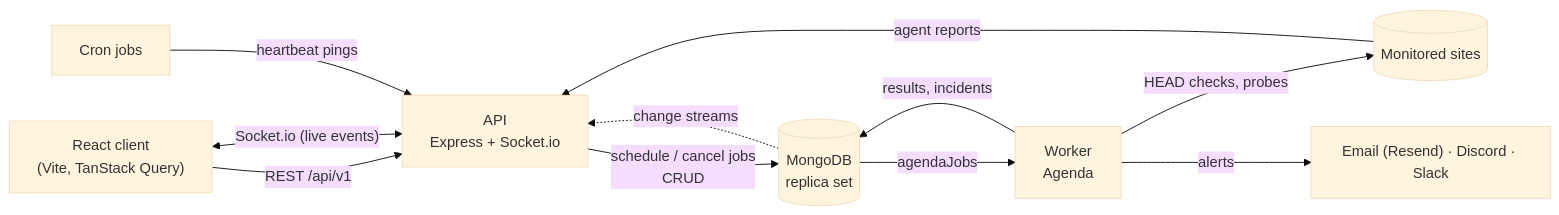
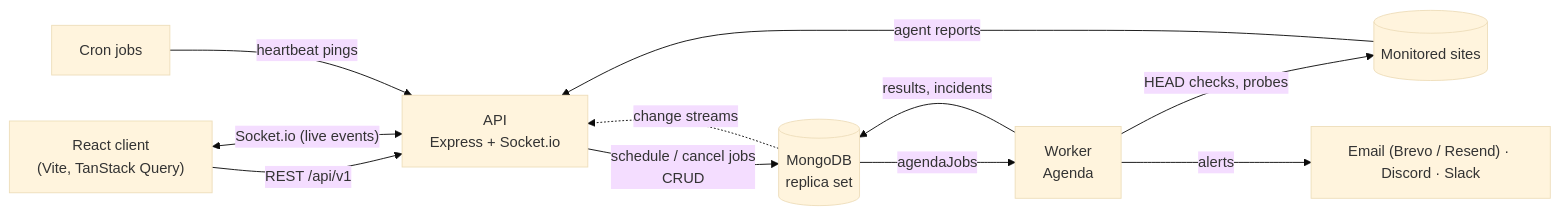
The diagram in README.md (TrinankurD-06/PulseBoard), drawn with Mermaid (base theme) before and after one commit. The commit also changed other lines of this file and 11 other files, not shown here.

First line of the commit message:
Email alerts to any address: Brevo as the preferred HTTPS email provider beside Resend

````diff
--- a/README.md
+++ b/README.md
@@ -124,13 +124,13 @@
 ```mermaid
 flowchart LR
     Browser["React client<br/>(Vite, TanStack Query)"] -- "REST /api/v1" --> API["API<br/>Express + Socket.io"]
     Browser <-- "Socket.io (live events)" --> API
     API -- "schedule / cancel jobs<br/>CRUD" --> DB[(MongoDB<br/>replica set)]
     DB -- "agendaJobs" --> Worker["Worker<br/>Agenda"]
     Worker -- "HEAD checks, probes" --> Sites[(Monitored sites)]
     Jobs["Cron jobs"] -- "heartbeat pings" --> API
     Sites -- "agent reports" --> API
     Worker -- "results, incidents" --> DB
-    Worker -- "alerts" --> Notify["Email (Resend) · Discord · Slack"]
+    Worker -- "alerts" --> Notify["Email (Brevo / Resend) · Discord · Slack"]
     DB -. "change streams" .-> API
 ```
````
